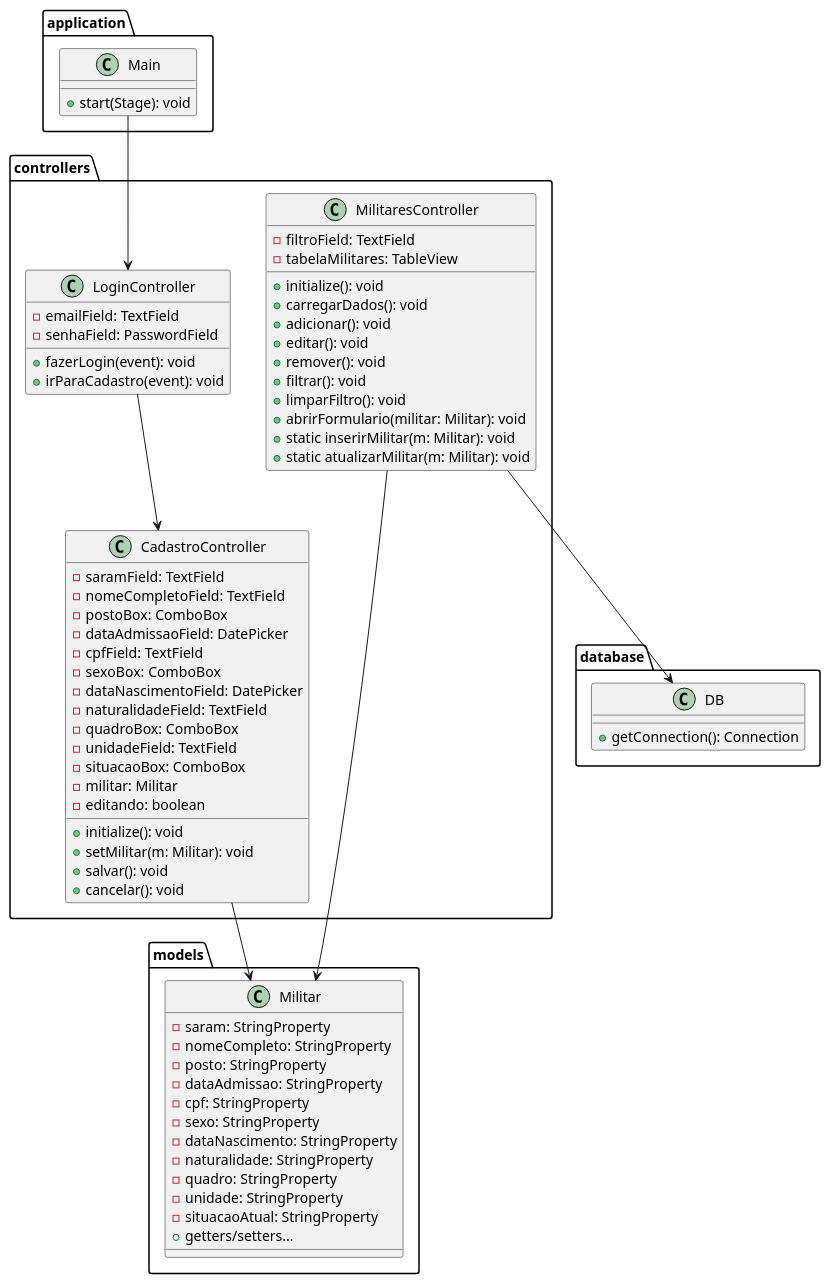
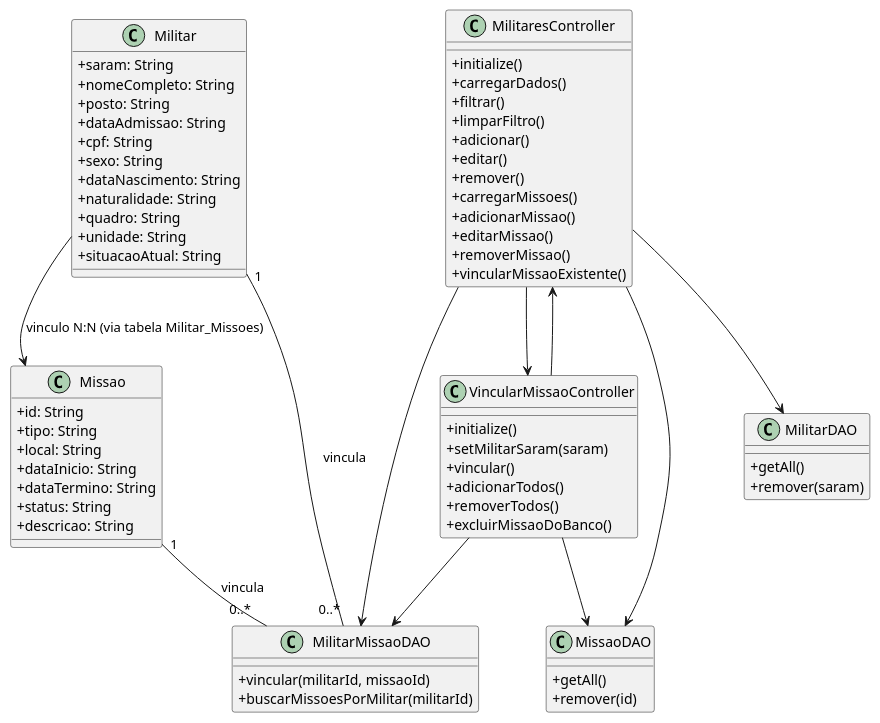
Before and after one commit to dmichelsb/PSC_A3_CadastroMilitar: the diagram in src/main/java/_Modelagem/Modelagem.puml, drawn with PlantUML. The commit also changed 13 other files, not shown here.

```diff
--- a/src/main/java/_Modelagem/Modelagem.puml
+++ b/src/main/java/_Modelagem/Modelagem.puml
@@ -1,82 +1,84 @@
 @startuml
+skinparam classAttributeIconSize 0
 
-package application {
-    class Main {
-        +start(Stage): void
-    }
+' ======= CLASSES PRINCIPAIS =======
+class Militar {
+  +saram: String
+  +nomeCompleto: String
+  +posto: String
+  +dataAdmissao: String
+  +cpf: String
+  +sexo: String
+  +dataNascimento: String
+  +naturalidade: String
+  +quadro: String
+  +unidade: String
+  +situacaoAtual: String
 }
 
-package controllers {
-    class LoginController {
-        -emailField: TextField
-        -senhaField: PasswordField
-        +fazerLogin(event): void
-        +irParaCadastro(event): void
-    }
-
-    class CadastroController {
-        -saramField: TextField
-        -nomeCompletoField: TextField
-        -postoBox: ComboBox
-        -dataAdmissaoField: DatePicker
-        -cpfField: TextField
-        -sexoBox: ComboBox
-        -dataNascimentoField: DatePicker
-        -naturalidadeField: TextField
-        -quadroBox: ComboBox
-        -unidadeField: TextField
-        -situacaoBox: ComboBox
-        -militar: Militar
-        -editando: boolean
-        +initialize(): void
-        +setMilitar(m: Militar): void
-        +salvar(): void
-        +cancelar(): void
-    }
-
-    class MilitaresController {
-        -filtroField: TextField
-        -tabelaMilitares: TableView
-        +initialize(): void
-        +carregarDados(): void
-        +adicionar(): void
-        +editar(): void
-        +remover(): void
-        +filtrar(): void
-        +limparFiltro(): void
-        +abrirFormulario(militar: Militar): void
-        +static inserirMilitar(m: Militar): void
-        +static atualizarMilitar(m: Militar): void
-    }
+class Missao {
+  +id: String
+  +tipo: String
+  +local: String
+  +dataInicio: String
+  +dataTermino: String
+  +status: String
+  +descricao: String
 }
 
-package models {
-    class Militar {
-        -saram: StringProperty
-        -nomeCompleto: StringProperty
-        -posto: StringProperty
-        -dataAdmissao: StringProperty
-        -cpf: StringProperty
-        -sexo: StringProperty
-        -dataNascimento: StringProperty
-        -naturalidade: StringProperty
-        -quadro: StringProperty
-        -unidade: StringProperty
-        -situacaoAtual: StringProperty
-        +getters/setters...
-    }
+class MilitarMissaoDAO {
+  +vincular(militarId, missaoId)
+  +buscarMissoesPorMilitar(militarId)
 }
 
-package database {
-    class DB {
-        +getConnection(): Connection
-    }
+class MilitarDAO {
+  +getAll()
+  +remover(saram)
 }
 
-Main --> LoginController
-LoginController --> CadastroController
-MilitaresController --> Militar
-CadastroController --> Militar
-MilitaresController --> DB
+class MissaoDAO {
+  +getAll()
+  +remover(id)
+}
+
+' ======= CONTROLLERS =======
+class MilitaresController {
+  +initialize()
+  +carregarDados()
+  +filtrar()
+  +limparFiltro()
+  +adicionar()
+  +editar()
+  +remover()
+  +carregarMissoes()
+  +adicionarMissao()
+  +editarMissao()
+  +removerMissao()
+  +vincularMissaoExistente()
+}
+
+class VincularMissaoController {
+  +initialize()
+  +setMilitarSaram(saram)
+  +vincular()
+  +adicionarTodos()
+  +removerTodos()
+  +excluirMissaoDoBanco()
+}
+
+' ======= RELACIONAMENTOS =======
+Militar "1" -- "0..*" MilitarMissaoDAO : vincula
+Missao "1" -- "0..*" MilitarMissaoDAO : vincula
+
+MilitaresController --> MilitarDAO
+MilitaresController --> MissaoDAO
+MilitaresController --> MilitarMissaoDAO
+MilitaresController --> VincularMissaoController
+
+VincularMissaoController --> MissaoDAO
+VincularMissaoController --> MilitarMissaoDAO
+VincularMissaoController --> MilitaresController
+
+Militar --> Missao : vinculo N:N (via tabela Militar_Missoes)
 
 @enduml
```
